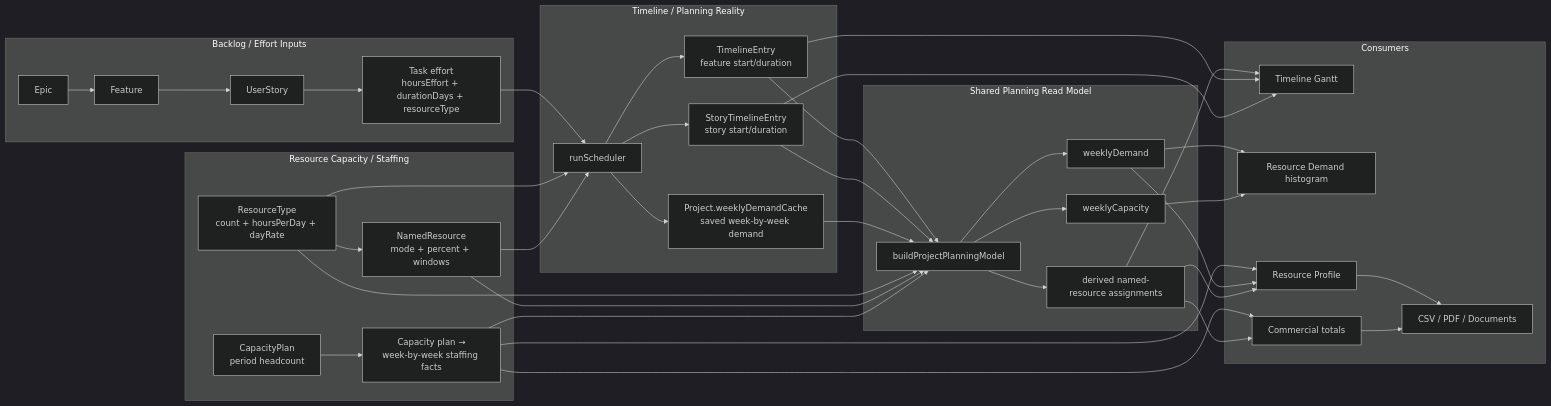
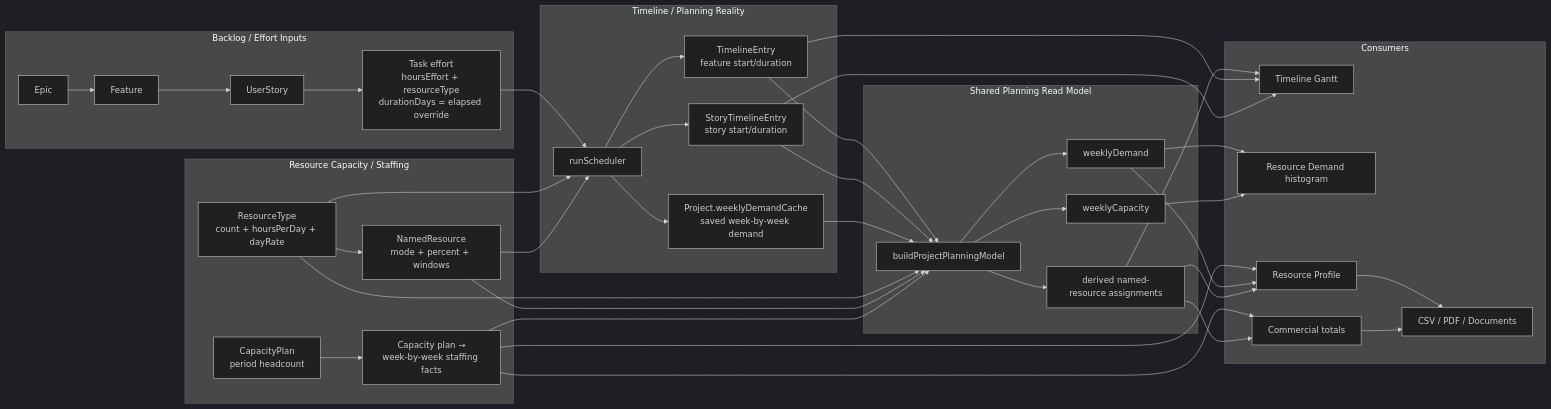
Before and after one commit to NickMonrad/monrad-estimator: the first of 10 diagrams in docs/architecture/scheduling-and-resource-model.md, drawn with Mermaid (dark theme). The commit also changed other lines of this file and 13 other files, not shown here.

First line of the commit message:
fix(#462): separate task effort from duration in scheduling demand (#465)

````diff
--- a/docs/architecture/scheduling-and-resource-model.md
+++ b/docs/architecture/scheduling-and-resource-model.md
@@ -33,69 +33,69 @@
 ```mermaid
 flowchart LR
   subgraph Backlog[Backlog / Effort Inputs]
     Epic[Epic]
     Feature[Feature]
     Story[UserStory]
-    Task[Task effort<br/>hoursEffort + durationDays + resourceType]
+    Task[Task effort<br/>hoursEffort + resourceType<br/>durationDays = elapsed override]
     Epic --> Feature --> Story --> Task
   end
 
   subgraph Capacity[Resource Capacity / Staffing]
     RT[ResourceType<br/>count + hoursPerDay + dayRate]
     NR[NamedResource<br/>mode + percent + windows]
     CP[CapacityPlan<br/>period headcount]
     Mat[Capacity plan →<br/>week-by-week staffing facts]
     RT --> NR
     CP --> Mat
   end
 
   subgraph Timeline[Timeline / Planning Reality]
     Sched[runScheduler]
     TE[TimelineEntry<br/>feature start/duration]
     STE[StoryTimelineEntry<br/>story start/duration]
     Cache[Project.weeklyDemandCache<br/>saved week-by-week demand]
     Sched --> TE
     Sched --> STE
     Sched --> Cache
   end
 
   subgraph Shared[Shared Planning Read Model]
     PRM[buildProjectPlanningModel]
     Demand[weeklyDemand]
     Assign[derived named-resource assignments]
     WCap[weeklyCapacity]
   end
 
   subgraph Outputs[Consumers]
     Gantt[Timeline Gantt]
     Histogram[Resource Demand histogram]
     Profile[Resource Profile]
     Commercial[Commercial totals]
     Docs[CSV / PDF / Documents]
   end
 
   Task --> Sched
   RT --> Sched
   NR --> Sched
   TE --> PRM
   STE --> PRM
   Cache --> PRM
   RT --> PRM
   NR --> PRM
   Mat --> PRM
   Mat --> Profile
   Mat --> Commercial
   PRM --> Demand
   PRM --> WCap
   PRM --> Assign
   Demand --> Histogram
   Demand --> Profile
   Assign --> Gantt
   Assign --> Profile
   Assign --> Commercial
   WCap --> Histogram
   TE --> Gantt
   STE --> Gantt
   Profile --> Docs
   Commercial --> Docs
 ```
````
